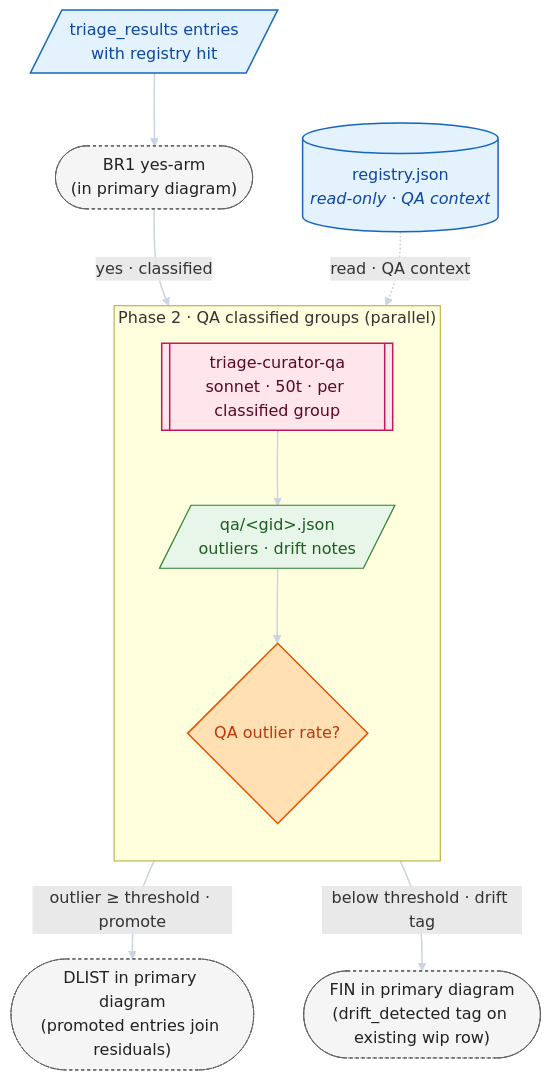
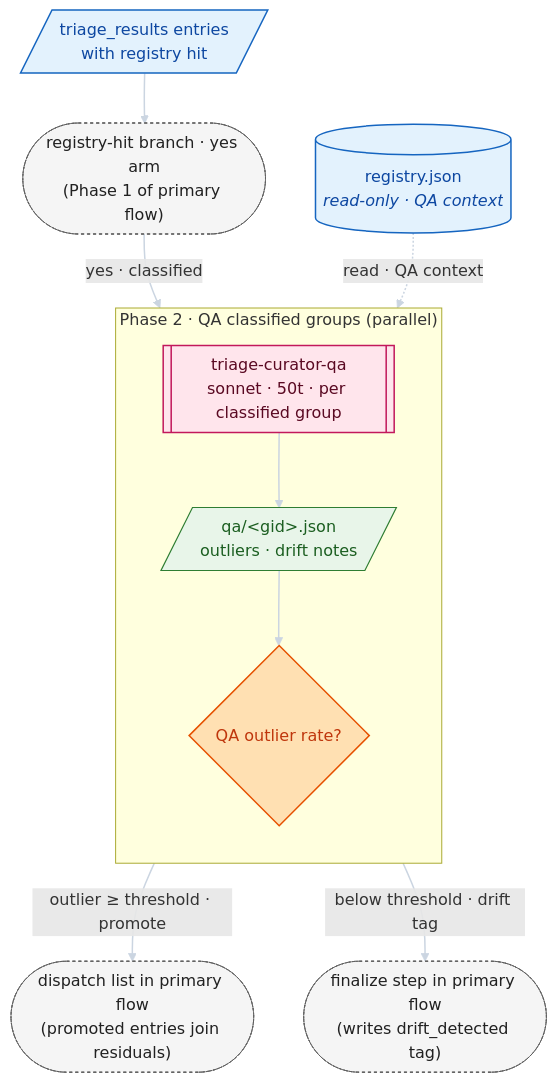
One commit to CRJFisher/ariadne changed the third of 3 diagrams in .claude/skills/triage-curator/README.md. Above: the diagram before and after it, drawn with Mermaid. The commit also changed other lines of this file and 15 other files, not shown here.

````diff
--- a/.claude/skills/triage-curator/README.md
+++ b/.claude/skills/triage-curator/README.md
@@ -136,33 +131,33 @@
 ```mermaid
 flowchart TD
   classDef ext        fill:#e3f2fd,stroke:#1565c0,stroke-width:1.5px,color:#0d47a1
   classDef artifact   fill:#e8f5e9,stroke:#2e7d32,stroke-width:1.2px,color:#1b5e20
   classDef agent      fill:#ffe5ec,stroke:#c2185b,stroke-width:1.5px,color:#5a0922
   classDef inter      fill:#f5f5f5,stroke:#616161,stroke-width:1px,color:#212121,stroke-dasharray:3 3
   classDef branch     fill:#ffe0b2,stroke:#e65100,stroke-width:1.5px,color:#bf360c
 
   TR_M[/"triage_results entries<br/>with registry hit"/]:::ext
   REG_R_M[("registry.json<br/><i>read-only · QA context</i>")]:::ext
 
-  BR1_yes(["BR1 yes-arm<br/>(in primary diagram)"]):::inter
+  BR1_yes(["registry-hit branch · yes arm<br/>(Phase 1 of primary flow)"]):::inter
 
   subgraph P2["Phase 2 · QA classified groups (parallel)"]
     direction TB
     AG_QA[["triage-curator-qa<br/>sonnet · 50t · per classified group"]]:::agent
     QA_OUT[/"qa/&lt;gid&gt;.json<br/>outliers · drift notes"/]:::artifact
     BR2{QA outlier rate?}:::branch
   end
 
-  DLIST_P(["DLIST in primary diagram<br/>(promoted entries join residuals)"]):::inter
-  FIN_P(["FIN in primary diagram<br/>(drift_detected tag on existing wip row)"]):::inter
+  DLIST_P(["dispatch list in primary flow<br/>(promoted entries join residuals)"]):::inter
+  FIN_P(["finalize step in primary flow<br/>(writes drift_detected tag)"]):::inter
 
   TR_M --> BR1_yes
   BR1_yes -- "yes · classified" --> AG_QA
   REG_R_M -. read · QA context .-> AG_QA
   AG_QA --> QA_OUT
   QA_OUT --> BR2
   BR2 -- "outlier ≥ threshold · promote" --> DLIST_P
   BR2 -- "below threshold · drift tag" --> FIN_P
 
   linkStyle default stroke:#cbd5e1,stroke-width:1.5px
 ```
````
